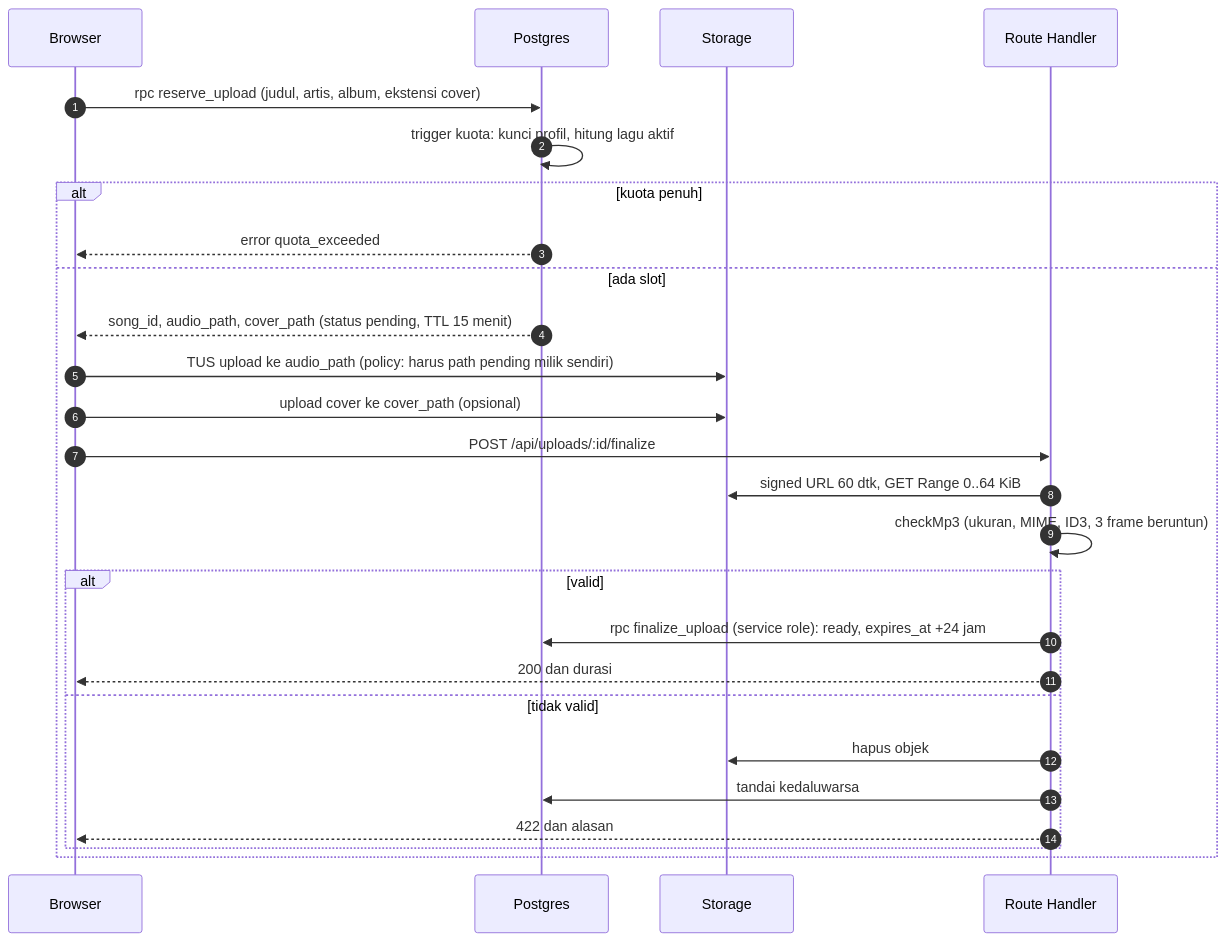
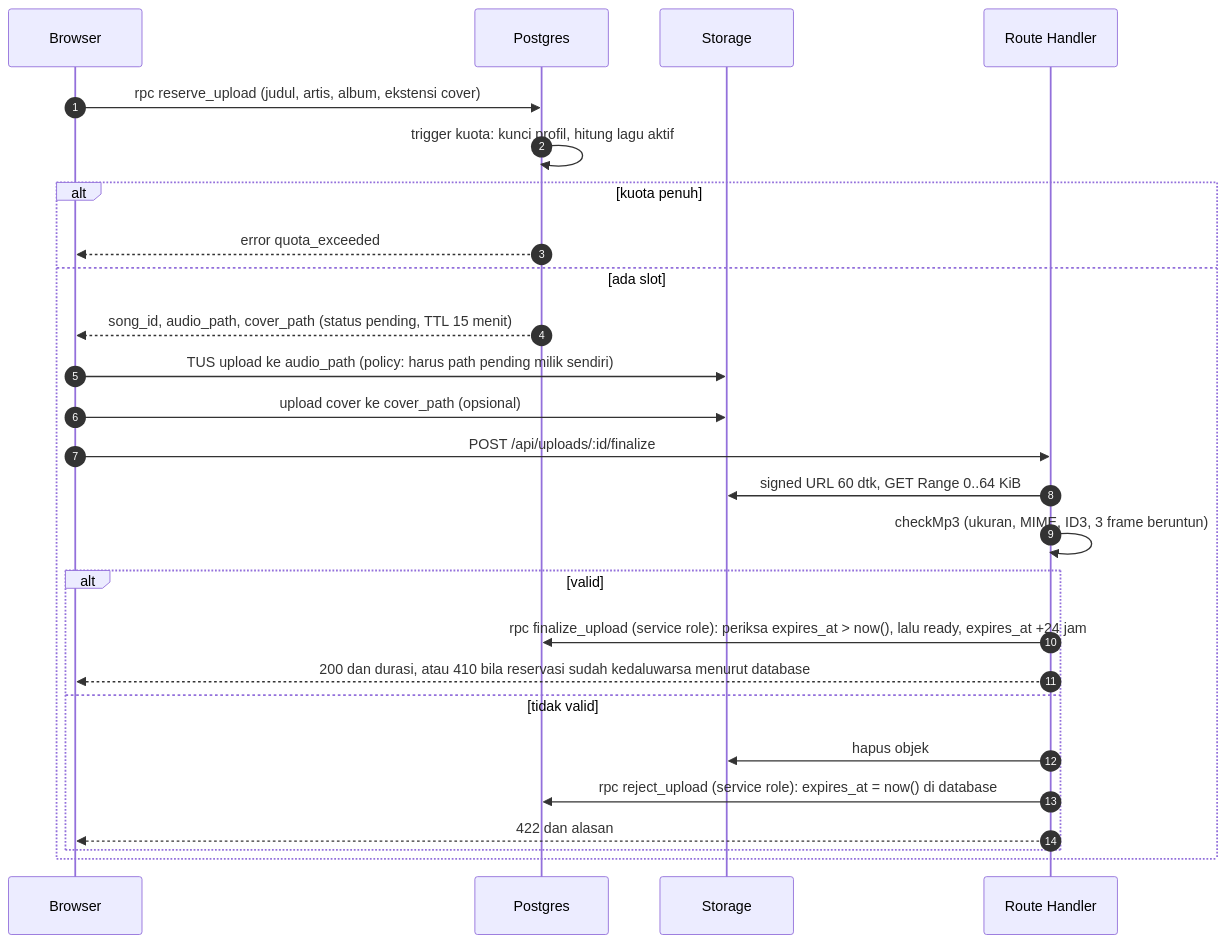
The fifth of 9 diagrams in docs/architecture.md (bayuevm-wq/Streaming), drawn with Mermaid before and after one commit. The commit also changed other lines of this file and 7 other files, not shown here.

First line of the commit message:
Add migrations, DB-side reservation expiry, and architecture fixes

````diff
--- a/docs/architecture.md
+++ b/docs/architecture.md
@@ -296,28 +298,28 @@
 ```mermaid
 sequenceDiagram
   autonumber
   participant B as Browser
   participant D as Postgres
   participant S as Storage
   participant H as Route Handler
   B->>D: rpc reserve_upload (judul, artis, album, ekstensi cover)
   D->>D: trigger kuota: kunci profil, hitung lagu aktif
   alt kuota penuh
     D-->>B: error quota_exceeded
   else ada slot
     D-->>B: song_id, audio_path, cover_path (status pending, TTL 15 menit)
     B->>S: TUS upload ke audio_path (policy: harus path pending milik sendiri)
     B->>S: upload cover ke cover_path (opsional)
     B->>H: POST /api/uploads/:id/finalize
     H->>S: signed URL 60 dtk, GET Range 0..64 KiB
     H->>H: checkMp3 (ukuran, MIME, ID3, 3 frame beruntun)
     alt valid
-      H->>D: rpc finalize_upload (service role): ready, expires_at +24 jam
-      H-->>B: 200 dan durasi
+      H->>D: rpc finalize_upload (service role): periksa expires_at > now(), lalu ready, expires_at +24 jam
+      H-->>B: 200 dan durasi, atau 410 bila reservasi sudah kedaluwarsa menurut database
     else tidak valid
       H->>S: hapus objek
-      H->>D: tandai kedaluwarsa
+      H->>D: rpc reject_upload (service role): expires_at = now() di database
       H-->>B: 422 dan alasan
     end
   end
 ```
````
